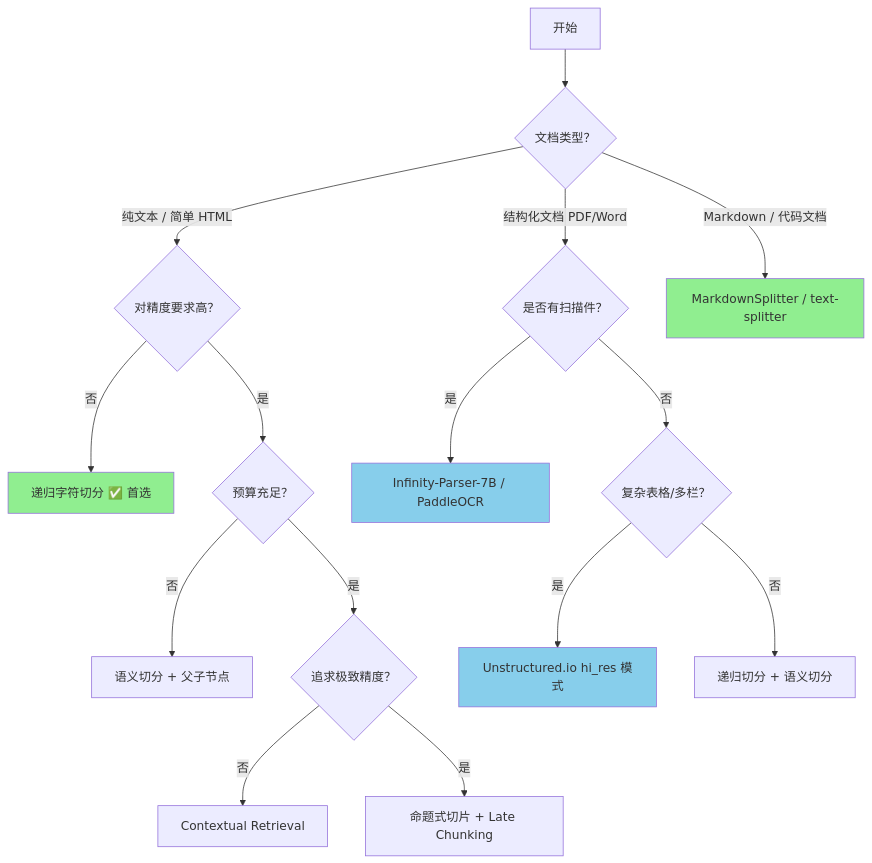
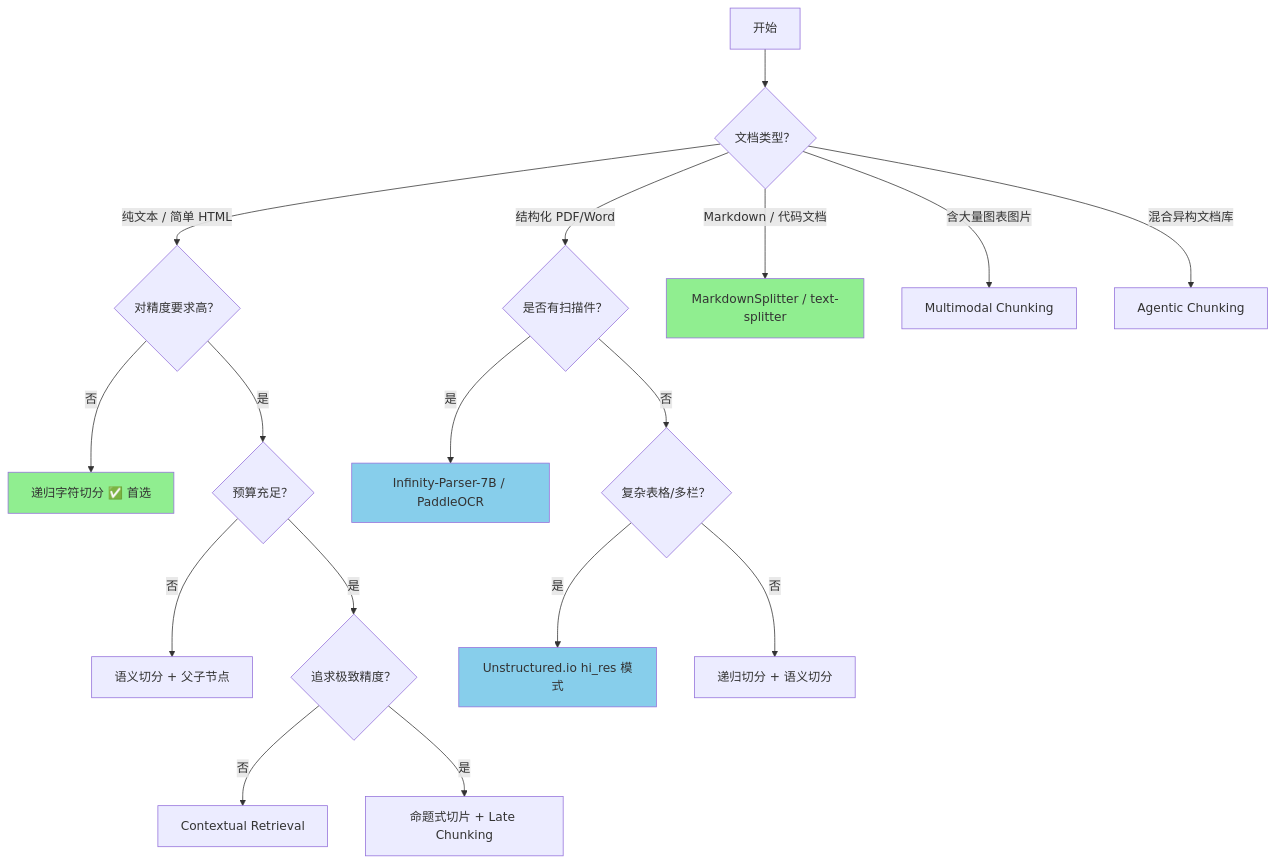
The fifth of 5 diagrams in blog/2026-03-05-text-chunking-strategies.mdx (RainLib/blog), drawn with Mermaid before and after one commit. The commit also changed other lines of this file, not shown here.

Commit message:
docs: Update "Text Chunking Strategies" blog post content.

````diff
--- a/blog/2026-03-05-text-chunking-strategies.mdx
+++ b/blog/2026-03-05-text-chunking-strategies.mdx
@@ -889,24 +1116,26 @@
 ```mermaid
 flowchart TD
     A[开始] --> B{文档类型？}
     B -->|纯文本 / 简单 HTML| C{对精度要求高？}
-    B -->|结构化文档 PDF/Word| D{是否有扫描件？}
+    B -->|结构化 PDF/Word| D{是否有扫描件？}
     B -->|Markdown / 代码文档| E[MarkdownSplitter / text-splitter]
+    B -->|含大量图表图片| MM[Multimodal Chunking]
+    B -->|混合异构文档库| AG[Agentic Chunking]
 
     C -->|否| F[递归字符切分 ✅ 首选]
     C -->|是| G{预算充足？}
     G -->|否| H[语义切分 + 父子节点]
     G -->|是| I{追求极致精度？}
     I -->|否| J[Contextual Retrieval]
     I -->|是| K[命题式切片 + Late Chunking]
 
     D -->|是| L[Infinity-Parser-7B / PaddleOCR]
     D -->|否| M{复杂表格/多栏？}
     M -->|是| N[Unstructured.io hi_res 模式]
     M -->|否| O[递归切分 + 语义切分]
 
     style F fill:#90EE90
     style E fill:#90EE90
     style L fill:#87CEEB
     style N fill:#87CEEB
 ```
````
